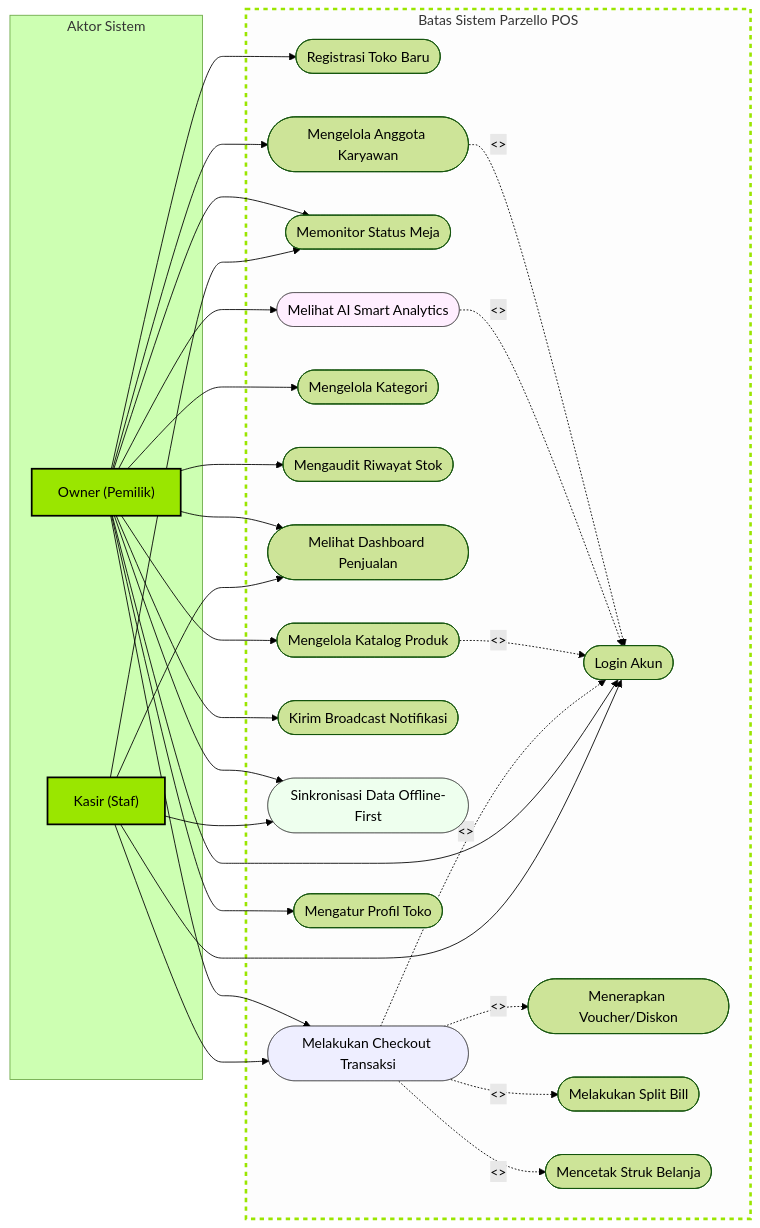
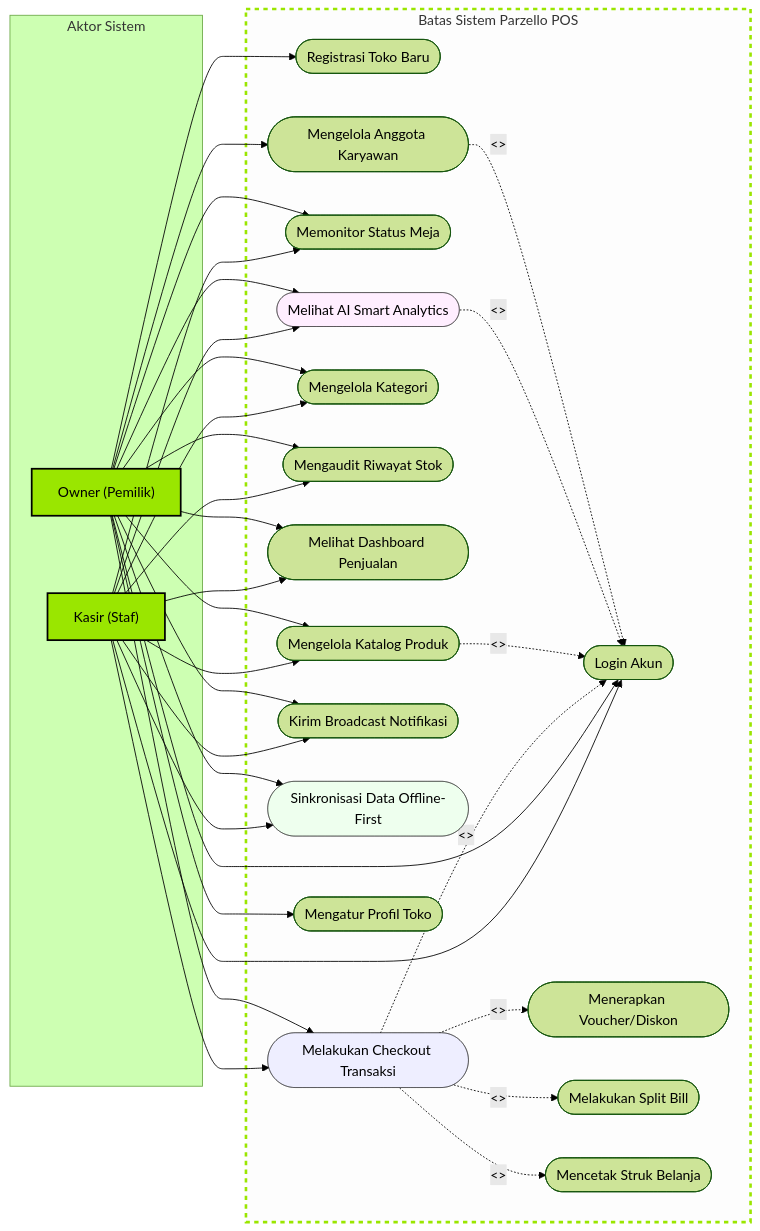
The diagram in Dokumen/Rancangan/Use Case.md (Skripsi-MKholis/pos_mobile_fork), drawn with Mermaid (forest theme) before and after one commit. The commit also changed other lines of this file and 5 other files, not shown here.

```diff
--- a/Dokumen/Rancangan/Use Case.md
+++ b/Dokumen/Rancangan/Use Case.md
@@ -66,11 +68,16 @@
         UC_StoreConfig(["Mengatur Profil Toko"])
     end
 
-    %% Associations for Kasir
+    %% Associations for Kasir (RBAC dilonggarkan — lihat router.dart)
     Kasir --> UC_Login
     Kasir --> UC_Checkout
     Kasir --> UC_TableMon
+    Kasir --> UC_ManageCatalog
+    Kasir --> UC_ManageCategory
+    Kasir --> UC_AuditStock
     Kasir --> UC_Dashboard
+    Kasir --> UC_AIAnalytics
+    Kasir --> UC_BroadcastNotif
     Kasir --> UC_SyncLocal
 
     %% Associations for Owner
```
